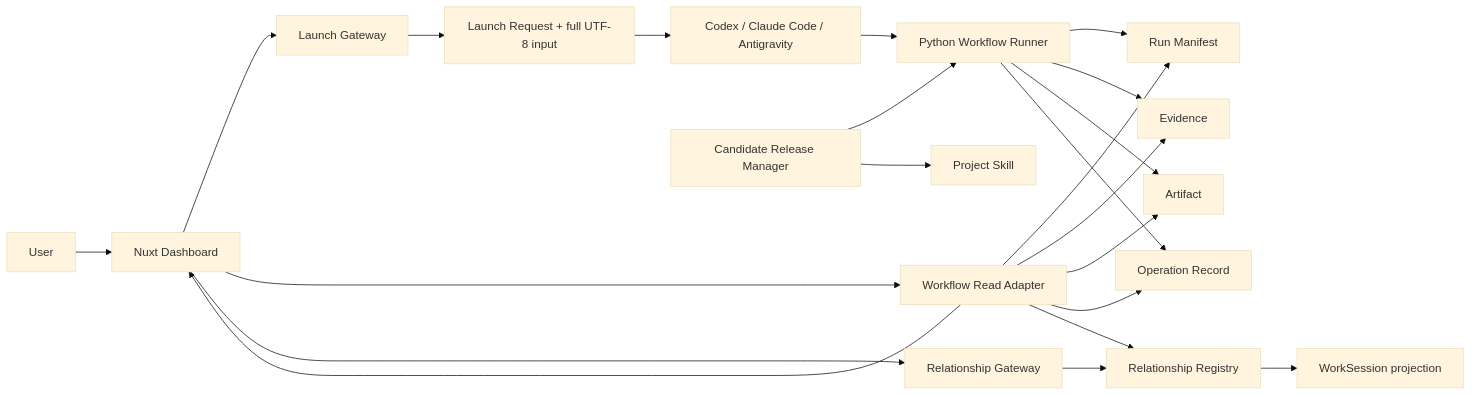
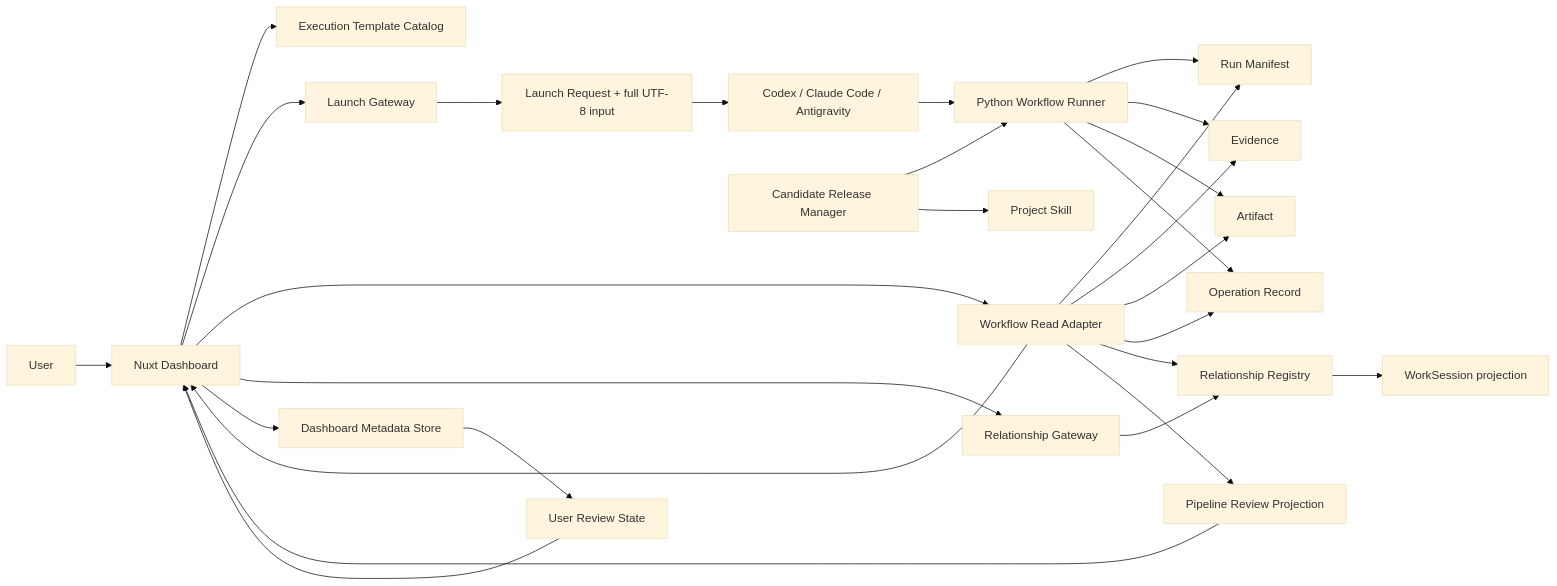
Before and after one commit to LEESEOBAEK/Schema-Workflow-Operations-Dashboard: the first of 6 diagrams in deliverables/architecture.md, drawn with Mermaid (base theme). The commit also changed other lines of this file and 10 other files, not shown here.

````diff
--- a/deliverables/architecture.md
+++ b/deliverables/architecture.md
@@ -9,27 +11,33 @@
 ```mermaid
 flowchart LR
     U[User] --> D[Nuxt Dashboard]
+    D --> TC[Execution Template Catalog]
     D --> LA[Launch Gateway]
     D --> RA[Workflow Read Adapter]
     D --> RG[Relationship Gateway]
+    D --> MS[Dashboard Metadata Store]
 
     LA --> LR[Launch Request + full UTF-8 input]
     LR --> CLI[Codex / Claude Code / Antigravity]
     CLI --> WR[Python Workflow Runner]
     WR --> M[Run Manifest]
     WR --> EV[Evidence]
     WR --> AR[Artifact]
     WR --> OP[Operation Record]
 
     RG --> RR[Relationship Registry]
     RR --> WS[WorkSession projection]
     RA --> M
     RA --> EV
     RA --> AR
     RA --> OP
     RA --> RR
     RA --> D
+    RA --> PR[Pipeline Review Projection]
+    PR --> D
+    MS --> UR[User Review State]
+    UR --> D
 
     CRM[Candidate Release Manager] --> WR
     CRM --> SK[Project Skill]
 ```
````
